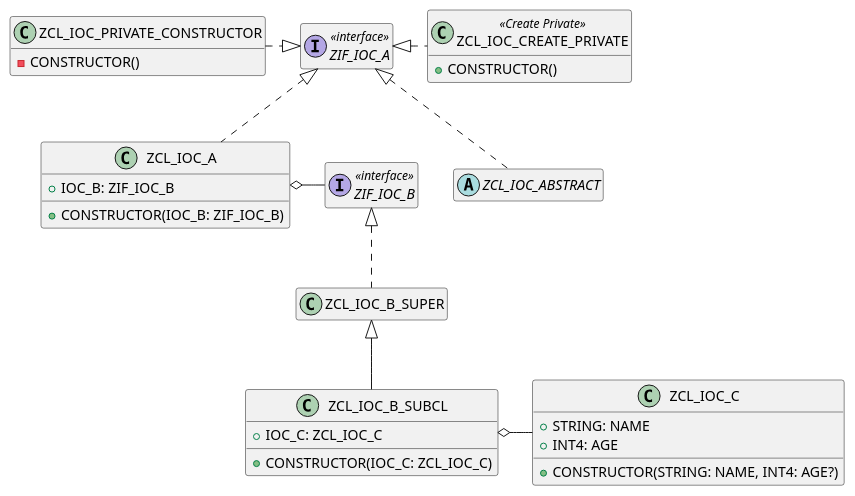
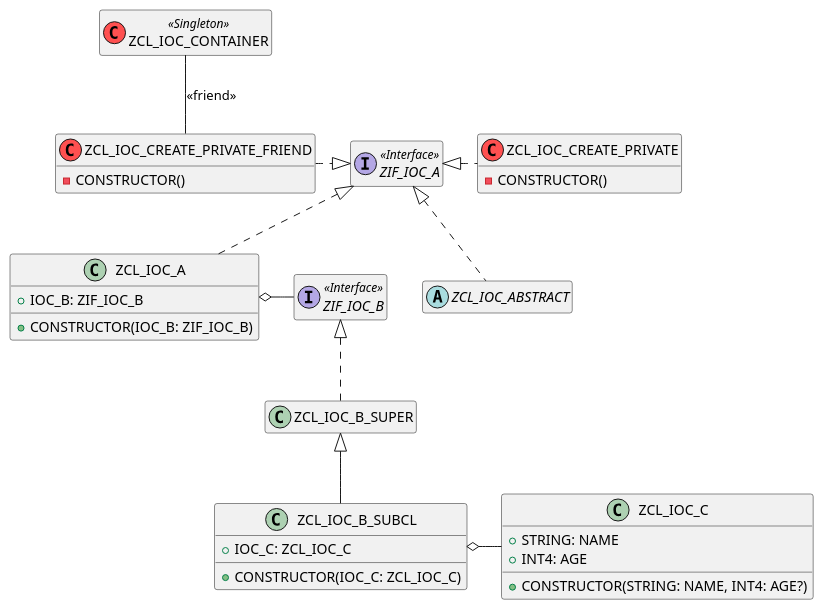
The third of 3 diagrams in img/uml.pu (bothzoli/ABAP-IoC-Container), drawn with PlantUML before and after one commit. The commit also changed other lines of this file and 4 other files, not shown here.

Commit message:
Update UML diagrams

```diff
--- a/img/uml.pu
+++ b/img/uml.pu
@@ -31,44 +59,48 @@
 @startuml test_classes
 
 hide empty members
 
-interface ZIF_IOC_A <<interface>>
-interface ZIF_IOC_B <<interface>>
+class ZCL_IOC_CONTAINER << (C,#FF5050) Singleton >>
+
+interface ZIF_IOC_A << Interface >>
+interface ZIF_IOC_B << Interface >>
 
 class ZCL_IOC_A {
 	+ IOC_B: ZIF_IOC_B
 	+ CONSTRUCTOR(IOC_B: ZIF_IOC_B)
 }
 
 abstract class ZCL_IOC_ABSTRACT
 
-class ZCL_IOC_CREATE_PRIVATE <<Create Private>> {
-	+ CONSTRUCTOR()
+class ZCL_IOC_CREATE_PRIVATE << (C,#FF5050) >> {
+	- CONSTRUCTOR()
 }
-class ZCL_IOC_PRIVATE_CONSTRUCTOR {
+
+class ZCL_IOC_CREATE_PRIVATE_FRIEND << (C,#FF5050) >> {
 	- CONSTRUCTOR()
 }
 
 class ZCL_IOC_B_SUPER
 
 class ZCL_IOC_B_SUBCL {
 	+ IOC_C: ZCL_IOC_C
 	+ CONSTRUCTOR(IOC_C: ZCL_IOC_C)
 }
 
 class ZCL_IOC_C {
 	+ STRING: NAME
 	+ INT4: AGE
 	+ CONSTRUCTOR(STRING: NAME, INT4: AGE?)
 }
 
 ZIF_IOC_A <|.. ZCL_IOC_A
 ZIF_IOC_A <|.. ZCL_IOC_ABSTRACT
 ZIF_IOC_A <|.right. ZCL_IOC_CREATE_PRIVATE
-ZIF_IOC_A <|.left. ZCL_IOC_PRIVATE_CONSTRUCTOR
+ZCL_IOC_CONTAINER -down- ZCL_IOC_CREATE_PRIVATE_FRIEND : <<friend>>
+ZIF_IOC_A <|.left. ZCL_IOC_CREATE_PRIVATE_FRIEND
 ZCL_IOC_A o-right- ZIF_IOC_B
 ZIF_IOC_B <|.. ZCL_IOC_B_SUPER
 ZCL_IOC_B_SUPER <|-- ZCL_IOC_B_SUBCL
 ZCL_IOC_B_SUBCL o-right- ZCL_IOC_C
 
 @enduml
```
